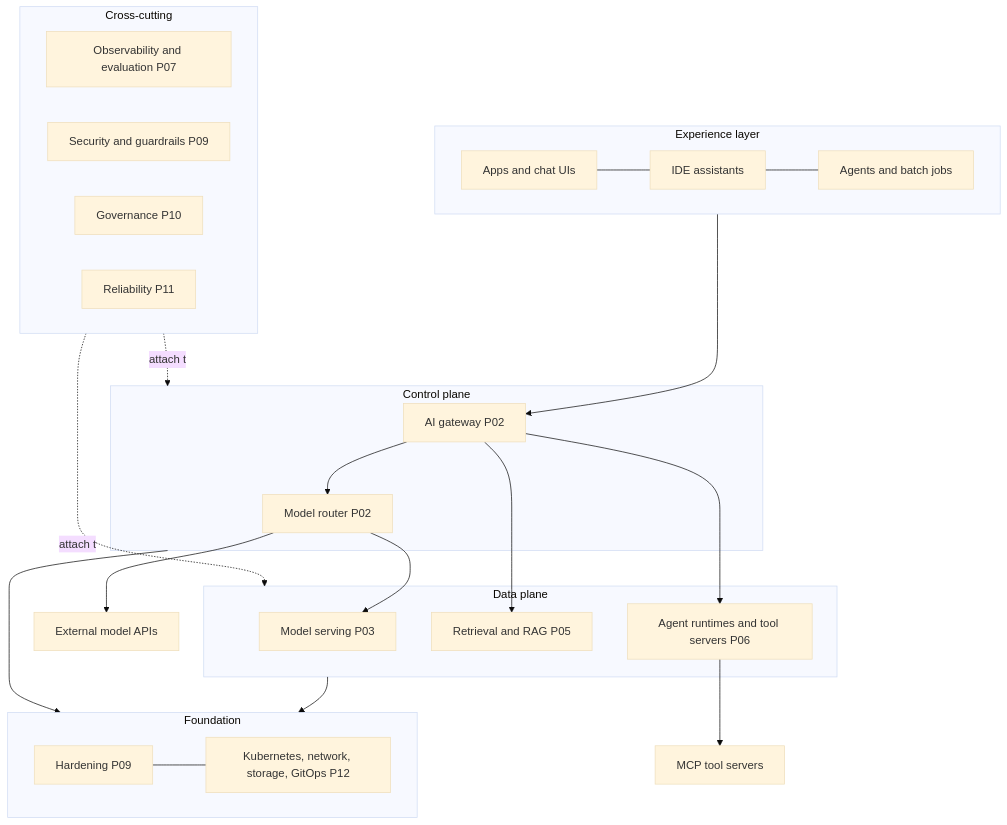
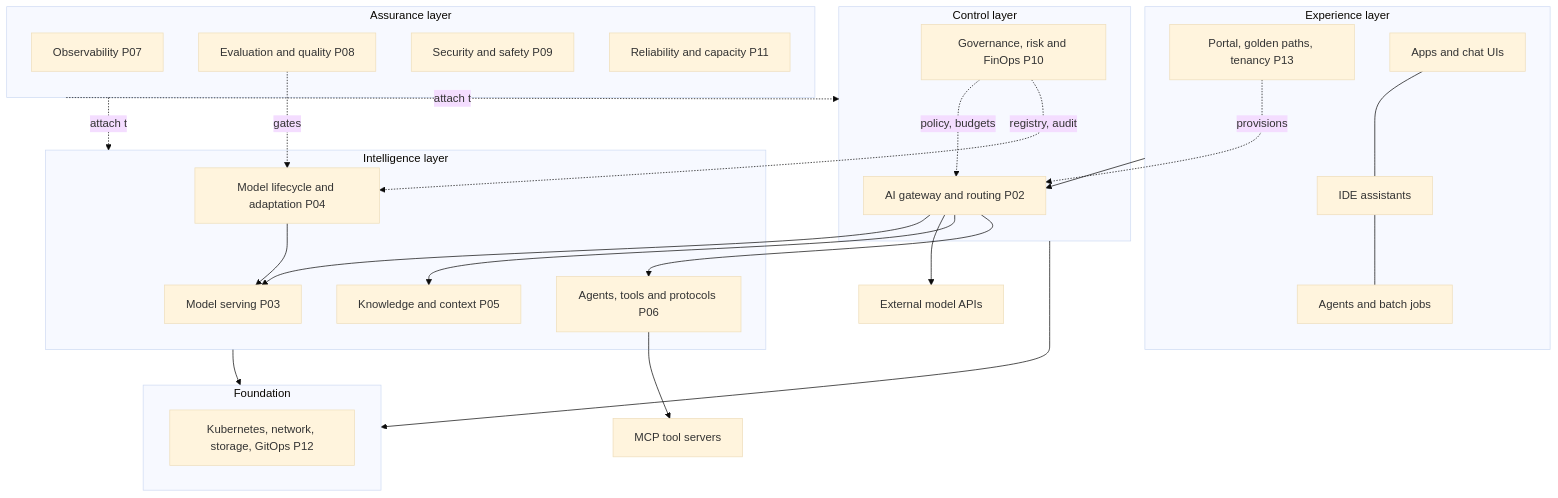
The diagram in docs/01-reference-architecture.md (frkim/oss-ai-platform), drawn with Mermaid (base theme) before and after one commit. The commit also changed other lines of this file and 20 other files, not shown here.

First line of the commit message:
Rethink pillars: 12 pillars (merge gateway+router and security+hardening; add model lifecycle, evaluation, platform experience; FinOps and capacity first-class)

````diff
--- a/docs/01-reference-architecture.md
+++ b/docs/01-reference-architecture.md
@@ -19,33 +19,41 @@
 ```mermaid
 flowchart TB
   subgraph X[Experience layer]
+    PX[Portal, golden paths, tenancy P13]
     A[Apps and chat UIs] --- B[IDE assistants] --- C[Agents and batch jobs]
   end
-  subgraph CP[Control plane]
-    GW[AI gateway P02] --> RT[Model router P02]
+  subgraph CP[Control layer]
+    GW[AI gateway and routing P02]
+    GV[Governance, risk and FinOps P10]
   end
-  subgraph DP[Data plane]
+  subgraph IL[Intelligence layer]
     SV[Model serving P03]
-    RG[Retrieval and RAG P05]
-    AG[Agent runtimes and tool servers P06]
+    LC[Model lifecycle and adaptation P04]
+    RG[Knowledge and context P05]
+    AG[Agents, tools and protocols P06]
   end
-  subgraph CC[Cross-cutting]
-    OB[Observability and evaluation P07]
-    SE[Security and guardrails P09]
-    GV[Governance P10]
-    RL[Reliability P11]
+  subgraph AS[Assurance layer]
+    OB[Observability P07]
+    EV[Evaluation and quality P08]
+    SE[Security and safety P09]
+    RL[Reliability and capacity P11]
   end
   subgraph FD[Foundation]
-    HD[Hardening P09] --- K8[Kubernetes, network, storage, GitOps P12]
+    K8[Kubernetes, network, storage, GitOps P12]
   end
+  PX -.provisions.-> GW
   X --> GW
-  RT --> SV
-  RT --> EXT[External model APIs]
+  GW --> SV
+  GW --> EXT[External model APIs]
   GW --> RG
   GW --> AG
   AG --> TOOLS[MCP tool servers]
-  CC -.attach to.-> CP
-  CC -.attach to.-> DP
-  DP --> FD
+  LC --> SV
+  GV -.policy, budgets.-> GW
+  GV -.registry, audit.-> LC
+  AS -.attach to.-> CP
+  AS -.attach to.-> IL
+  EV -.gates.-> LC
+  IL --> FD
   CP --> FD
 ```
````
